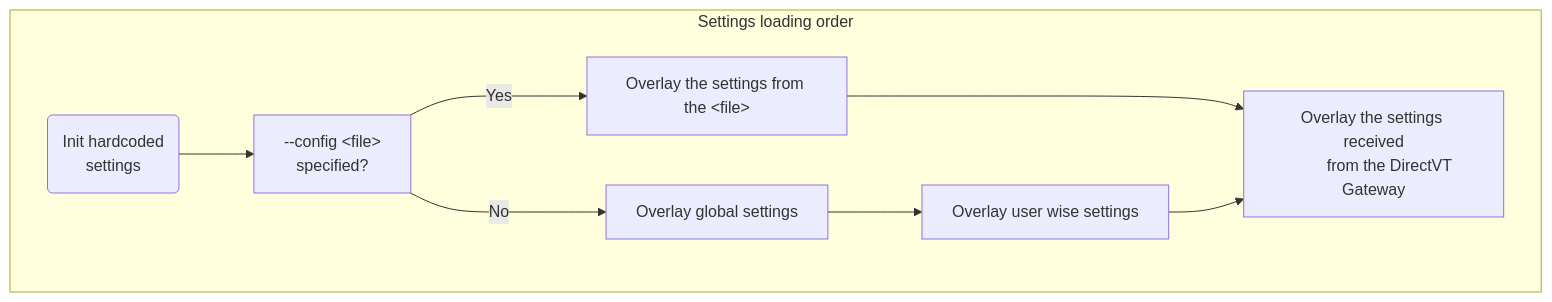
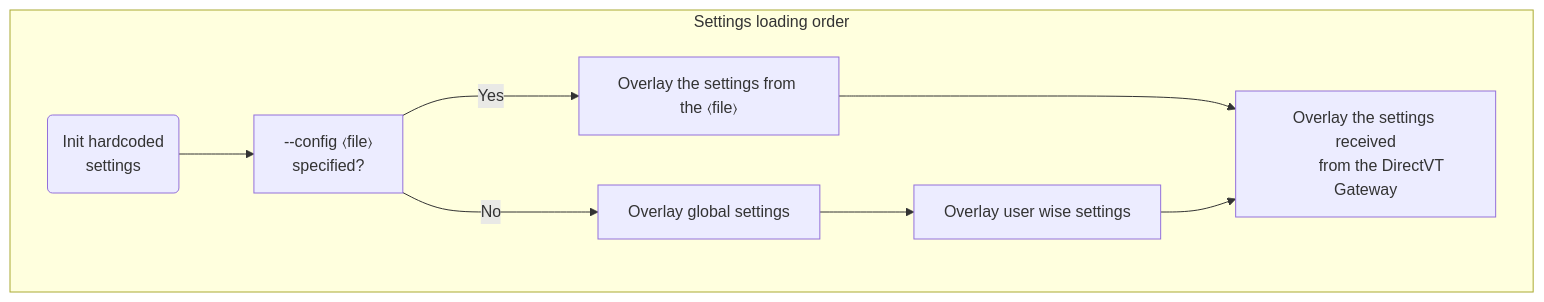
Before and after one commit to directvt/vtm: the diagram in doc/command-line-options.md, drawn with Mermaid. The commit also changed 1 other file, not shown here.

Commit message:
Update docs (#gt;#lt;)

````diff
--- a/doc/command-line-options.md
+++ b/doc/command-line-options.md
@@ -51,16 +51,16 @@
 ```mermaid
 graph LR
     subgraph Settings loading order
     direction LR
         B("Init hardcoded
         settings")
-        B --> C["--config #lt;file#gt;
+        B --> C["--config 〈file〉
         specified?"]
-        C -->|Yes| D["Overlay the settings from the #lt;file#gt;"]
+        C -->|Yes| D["Overlay the settings from the 〈file〉"]
         C --->|No| F["Overlay global settings"]
         F --> G["Overlay user wise settings"]
         D ---> H["Overlay the settings received
         from the DirectVT Gateway"]
         G --> H
     end
 ```
````
